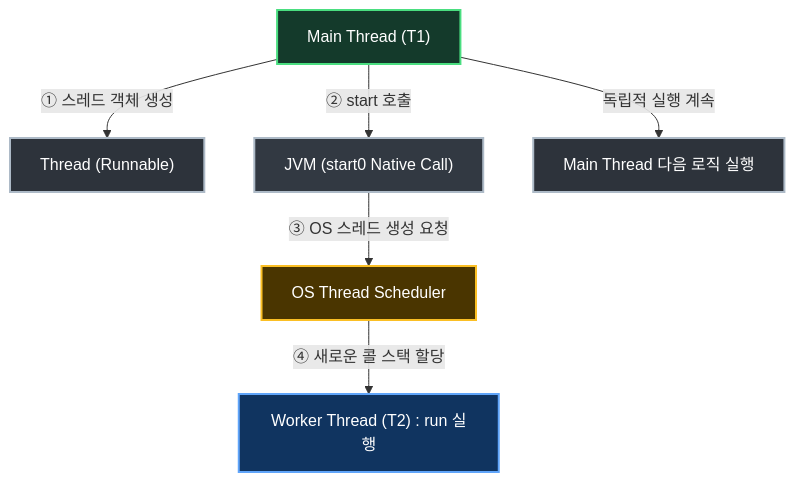
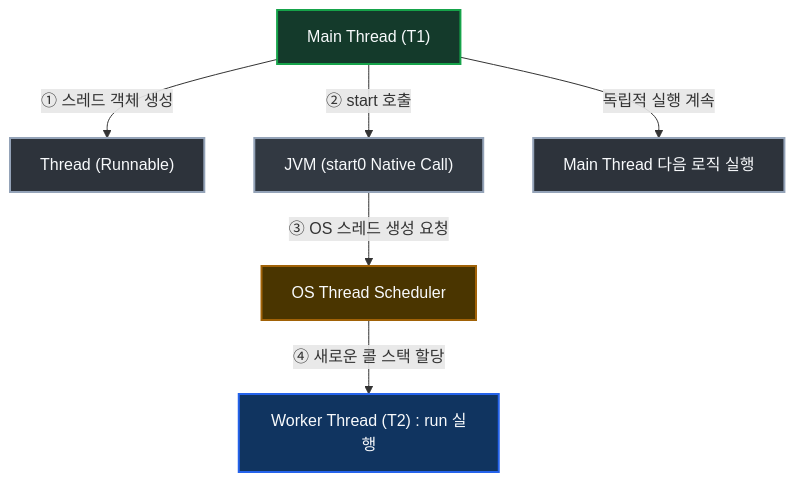
One commit to Kang-Hyesung/kang-hyesung.github.io changed the diagram in _posts/java/12-멀티스레드_기본_이론/2026-03-05-스레드-생성-및-기초.md. Above: the diagram before and after it, drawn with Mermaid. The commit also changed 74 other files, not shown here.

Commit message:
docs: update post visibility and mermaid colors

````diff
--- a/_posts/java/12-멀티스레드_기본_이론/2026-03-05-스레드-생성-및-기초.md
+++ b/_posts/java/12-멀티스레드_기본_이론/2026-03-05-스레드-생성-및-기초.md
@@ -19,16 +19,16 @@
 ```mermaid
 graph TD
     A["Main Thread (T1)"] -->|① 스레드 객체 생성| B["Thread (Runnable)"]
     A -->|② start 호출| C["JVM (start0 Native Call)"]
     C -->|③ OS 스레드 생성 요청| D["OS Thread Scheduler"]
     D -->|④ 새로운 콜 스택 할당| E["Worker Thread (T2) : run 실행"]
     A -->|독립적 실행 계속| F["Main Thread 다음 로직 실행"]
 
     %% 다크모드 대응 스타일 (마크다운 파서 충돌 요인 완전 제거)
-    style A fill:#143A2B,stroke:#4ADE80,stroke-width:2px,color:#FFFFFF
-    style B fill:#2D333B,stroke:#ADBAC7,stroke-width:2px,color:#FFFFFF
-    style C fill:#323942,stroke:#ADBAC7,stroke-width:2px,color:#FFFFFF
-    style D fill:#4A3500,stroke:#FBBF24,stroke-width:2px,color:#FFFFFF
-    style E fill:#103460,stroke:#60A5FA,stroke-width:2px,color:#FFFFFF
-    style F fill:#2D333B,stroke:#ADBAC7,stroke-width:2px,color:#FFFFFF
+    style A fill:#143a2b,stroke:#16a34a,stroke-width:2px,color:#f8fafc
+    style B fill:#2d333b,stroke:#94a3b8,stroke-width:2px,color:#f8fafc
+    style C fill:#323942,stroke:#94a3b8,stroke-width:2px,color:#f8fafc
+    style D fill:#4a3500,stroke:#a16207,stroke-width:2px,color:#f8fafc
+    style E fill:#103460,stroke:#2563eb,stroke-width:2px,color:#f8fafc
+    style F fill:#2d333b,stroke:#94a3b8,stroke-width:2px,color:#f8fafc
 ```
````
